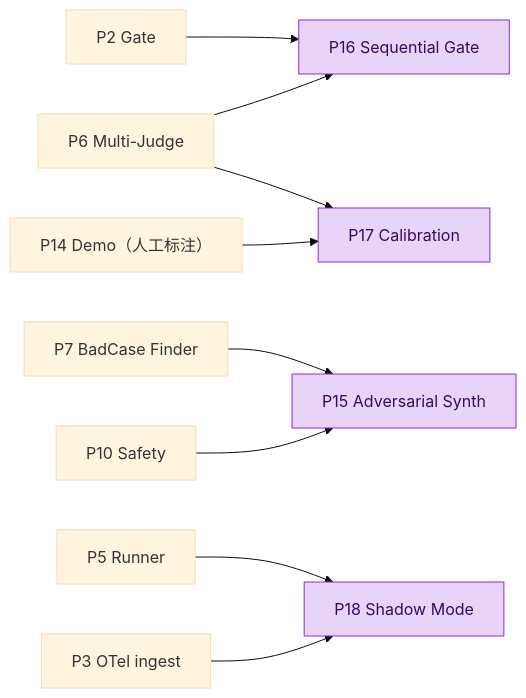
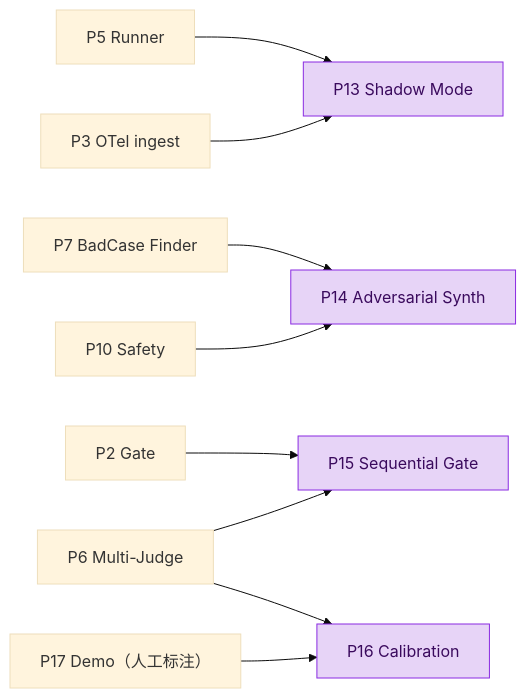
The second of 2 diagrams in docs/ROADMAP.md (AndyUneducated/eval-gate), drawn with Mermaid (base theme) before and after one commit. The commit also changed other lines of this file and 51 other files, not shown here.

````diff
--- a/docs/ROADMAP.md
+++ b/docs/ROADMAP.md
@@ -240,14 +241,14 @@
 ```mermaid
 flowchart LR
-    P2["P2 Gate"] --> P16["P16 Sequential Gate"]
-    P6["P6 Multi-Judge"] --> P16
-    P7["P7 BadCase Finder"] --> P15["P15 Adversarial Synth"]
-    P10["P10 Safety"] --> P15
-    P6 --> P17["P17 Calibration"]
-    P14["P14 Demo（人工标注）"] --> P17
-    P5["P5 Runner"] --> P18["P18 Shadow Mode"]
-    P3["P3 OTel ingest"] --> P18
+    P5["P5 Runner"] --> P13["P13 Shadow Mode"]
+    P3["P3 OTel ingest"] --> P13
+    P7["P7 BadCase Finder"] --> P14["P14 Adversarial Synth"]
+    P10["P10 Safety"] --> P14
+    P2["P2 Gate"] --> P15["P15 Sequential Gate"]
+    P6["P6 Multi-Judge"] --> P15
+    P6 --> P16["P16 Calibration"]
+    P17["P17 Demo（人工标注）"] --> P16
 
     classDef hl fill:#e7d4f7,stroke:#8a2be2,color:#3a0a5d;
-    class P15,P16,P17,P18 hl;
+    class P13,P14,P15,P16 hl;
 ```
````
